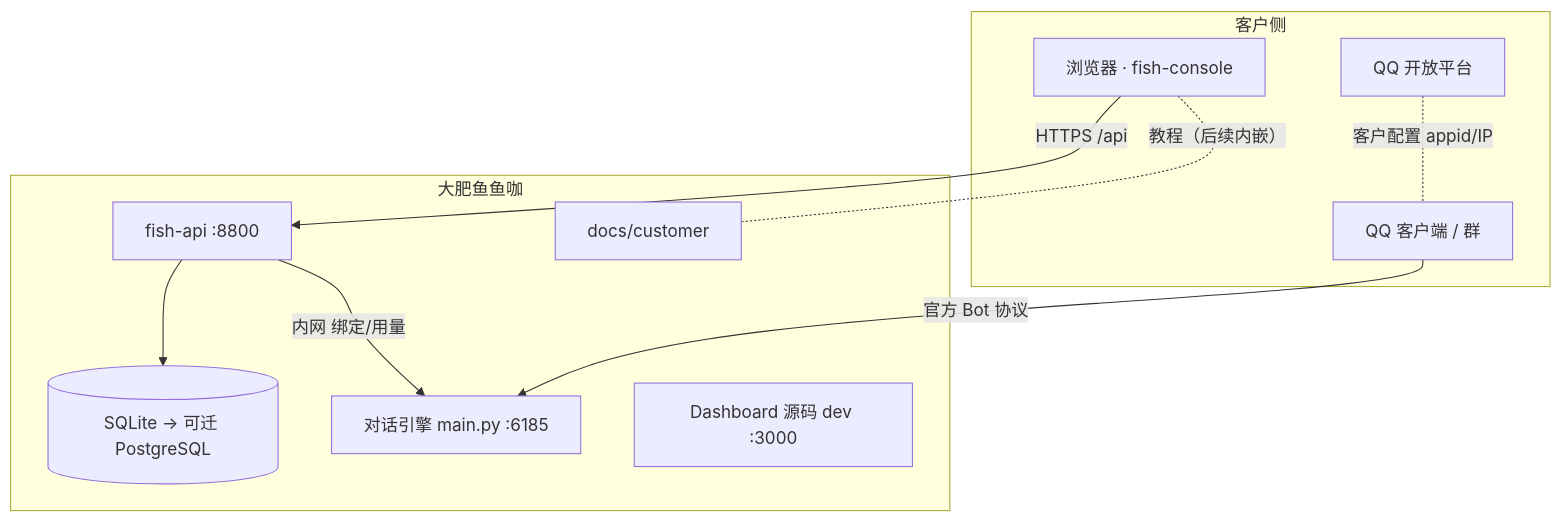
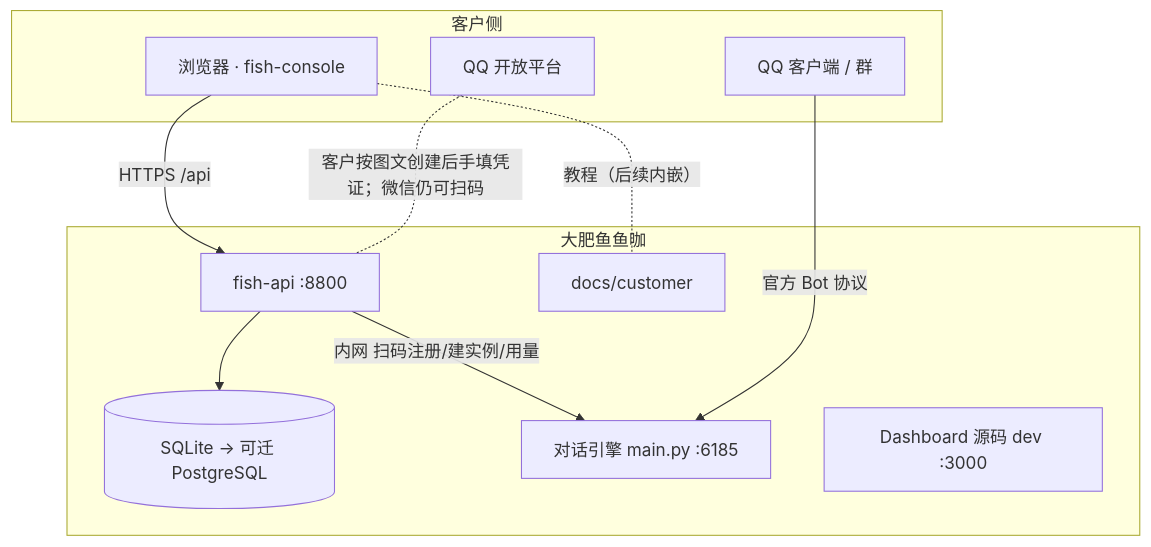
The first of 3 diagrams in 技术方案.md (AstrBotDevs/AstrBot), drawn with Mermaid before and after one commit. The commit also changed other lines of this file and 50 other files, not shown here.

````diff
--- a/技术方案.md
+++ b/技术方案.md
@@ -14,23 +15,23 @@
 ```mermaid
 flowchart TB
   subgraph client [客户侧]
     U[浏览器 · fish-console]
     QQ[QQ 客户端 / 群]
     QQP[QQ 开放平台]
   end
 
   subgraph platform [大肥鱼鱼咖]
     API[fish-api :8800]
     DB[(SQLite → 可迁 PostgreSQL)]
     ENG[对话引擎 main.py :6185]
     DASH[Dashboard 源码 dev :3000]
     DOCS[docs/customer]
   end
 
   U -->|HTTPS /api| API
   U -.教程（后续内嵌）.- DOCS
   API --> DB
-  API -->|内网 绑定/用量| ENG
+  API -->|内网 扫码注册/建实例/用量| ENG
   QQ -->|官方 Bot 协议| ENG
-  QQP -.客户配置 appid/IP.- QQ
+  QQP -.客户按图文创建后手填凭证；微信仍可扫码.- API
 ```
````
